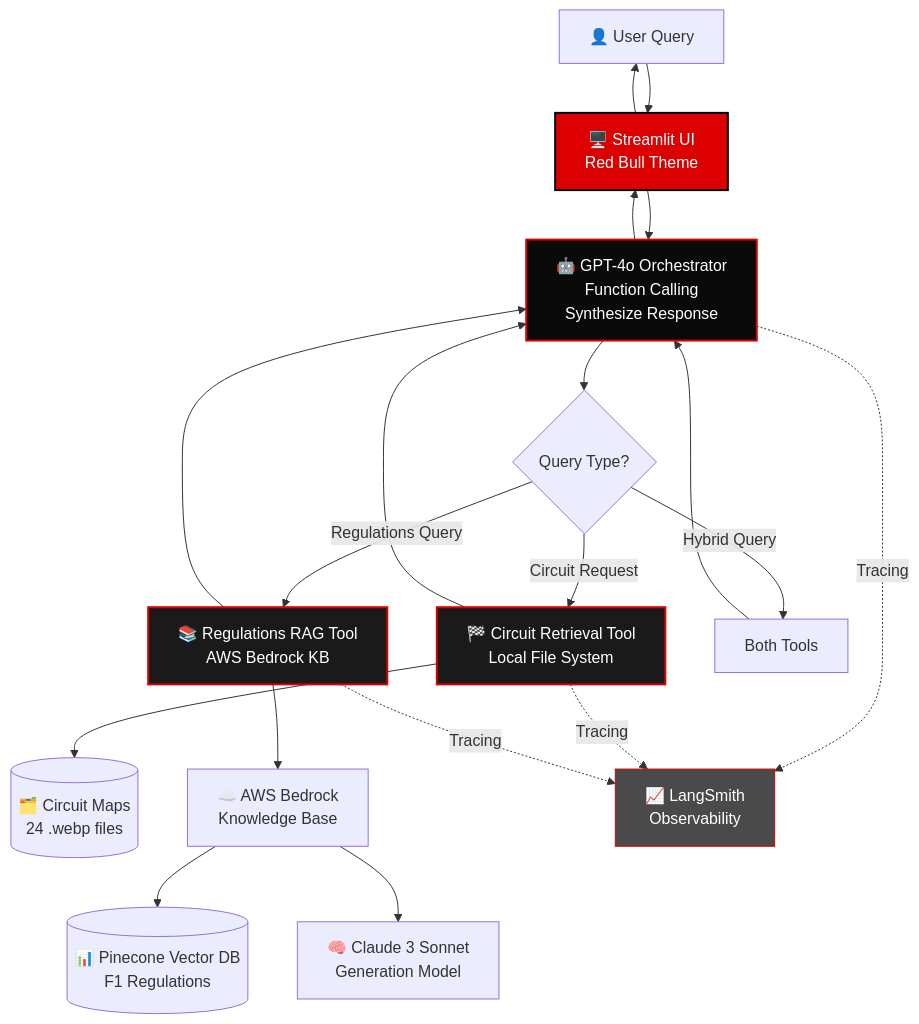
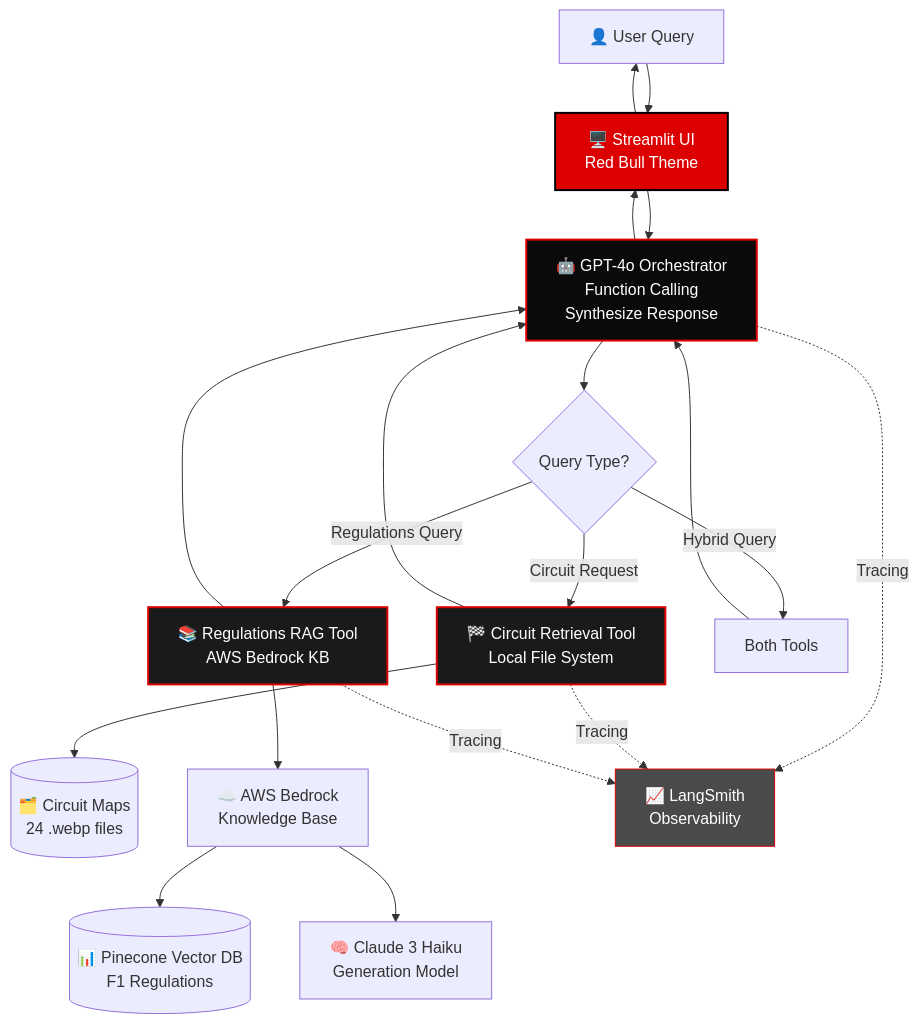
Before and after one commit to longhoag/f1-service-system-v1: the first of 3 diagrams in README.md, drawn with Mermaid. The commit also changed other lines of this file, not shown here.

````diff
--- a/README.md
+++ b/README.md
@@ -48,33 +47,33 @@
 ```mermaid
 graph TB
     User[👤 User Query] --> UI[🖥️ Streamlit UI<br/>Red Bull Theme]
     UI --> Orchestrator[🤖 GPT-4o Orchestrator<br/>Function Calling<br/>Synthesize Response]
     
     Orchestrator --> Decision{Query Type?}
     
     Decision -->|Circuit Request| CircuitTool[🏁 Circuit Retrieval Tool<br/>Local File System]
     Decision -->|Regulations Query| RAGTool[📚 Regulations RAG Tool<br/>AWS Bedrock KB]
     Decision -->|Hybrid Query| Both[Both Tools]
     
     CircuitTool --> Storage[(🗂️ Circuit Maps<br/>24 .webp files)]
     RAGTool --> Bedrock[☁️ AWS Bedrock<br/>Knowledge Base]
     Bedrock --> Pinecone[(📊 Pinecone Vector DB<br/>F1 Regulations)]
-    Bedrock --> Claude[🧠 Claude 3 Sonnet<br/>Generation Model]
+    Bedrock --> Claude[🧠 Claude 3 Haiku<br/>Generation Model]
     
     CircuitTool --> Orchestrator
     RAGTool --> Orchestrator
     Both --> Orchestrator
     
     Orchestrator --> UI
     UI --> User
     
     Orchestrator -.->|Tracing| LangSmith[📈 LangSmith<br/>Observability]
     CircuitTool -.->|Tracing| LangSmith
     RAGTool -.->|Tracing| LangSmith
     
     style UI fill:#dc0000,stroke:#000,stroke-width:2px,color:#fff
     style Orchestrator fill:#0a0a0a,stroke:#dc0000,stroke-width:2px,color:#fff
     style CircuitTool fill:#1a1a1a,stroke:#dc0000,stroke-width:2px,color:#fff
     style RAGTool fill:#1a1a1a,stroke:#dc0000,stroke-width:2px,color:#fff
     style LangSmith fill:#4a4a4a,stroke:#dc0000,stroke-width:1px,color:#fff
 ```
````
